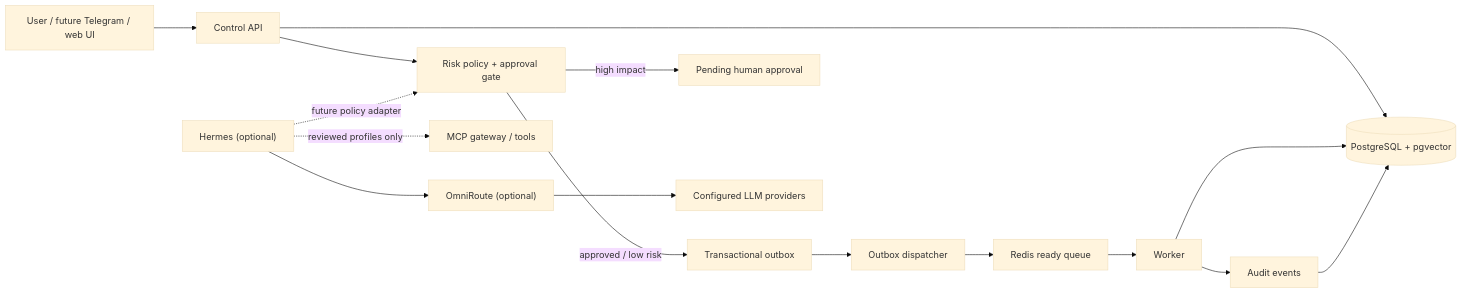
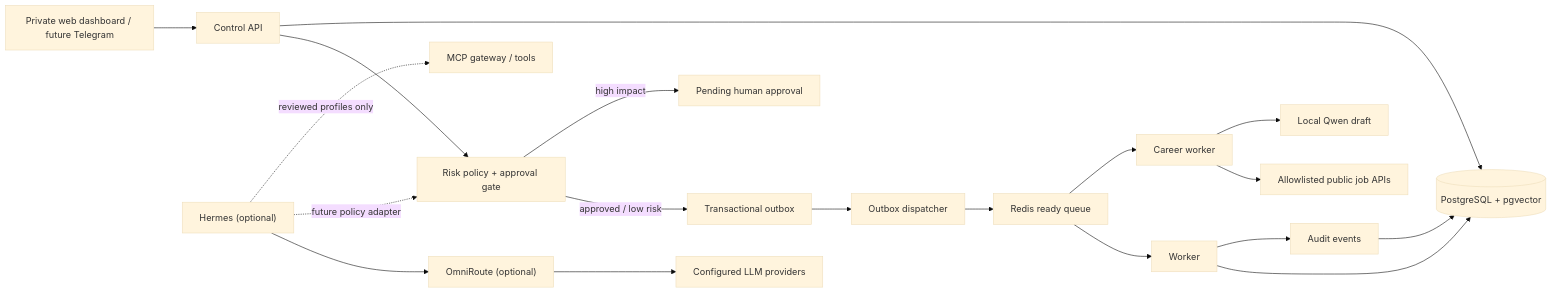
One commit to ReaperXD67/autonomous-personal-agent changed the diagram in README.md. Above: the diagram before and after it, drawn with Mermaid (base theme). The commit also changed other lines of this file and 42 other files, not shown here.

Commit message:
feat: add private career mission dashboard

````diff
--- a/README.md
+++ b/README.md
@@ -48,19 +52,22 @@
 ```mermaid
 flowchart LR
-    U["User / future Telegram / web UI"] --> API["Control API"]
+    U["Private web dashboard / future Telegram"] --> API["Control API"]
     API --> POLICY["Risk policy + approval gate"]
     POLICY -->|"approved / low risk"| OB["Transactional outbox"]
     POLICY -->|"high impact"| A["Pending human approval"]
     OB --> D["Outbox dispatcher"]
     D --> Q["Redis ready queue"]
     Q --> W["Worker"]
+    Q --> JW["Career worker"]
+    JW --> JS["Allowlisted public job APIs"]
+    JW --> LM["Local Qwen draft"]
     API --> PG[("PostgreSQL + pgvector")]
     W --> PG
     W --> AUDIT["Audit events"]
     AUDIT --> PG
 
     H["Hermes (optional)"] --> O["OmniRoute (optional)"]
     O --> LLM["Configured LLM providers"]
     H -. "future policy adapter" .-> POLICY
     H -. "reviewed profiles only" .-> MCP["MCP gateway / tools"]
 ```
````
